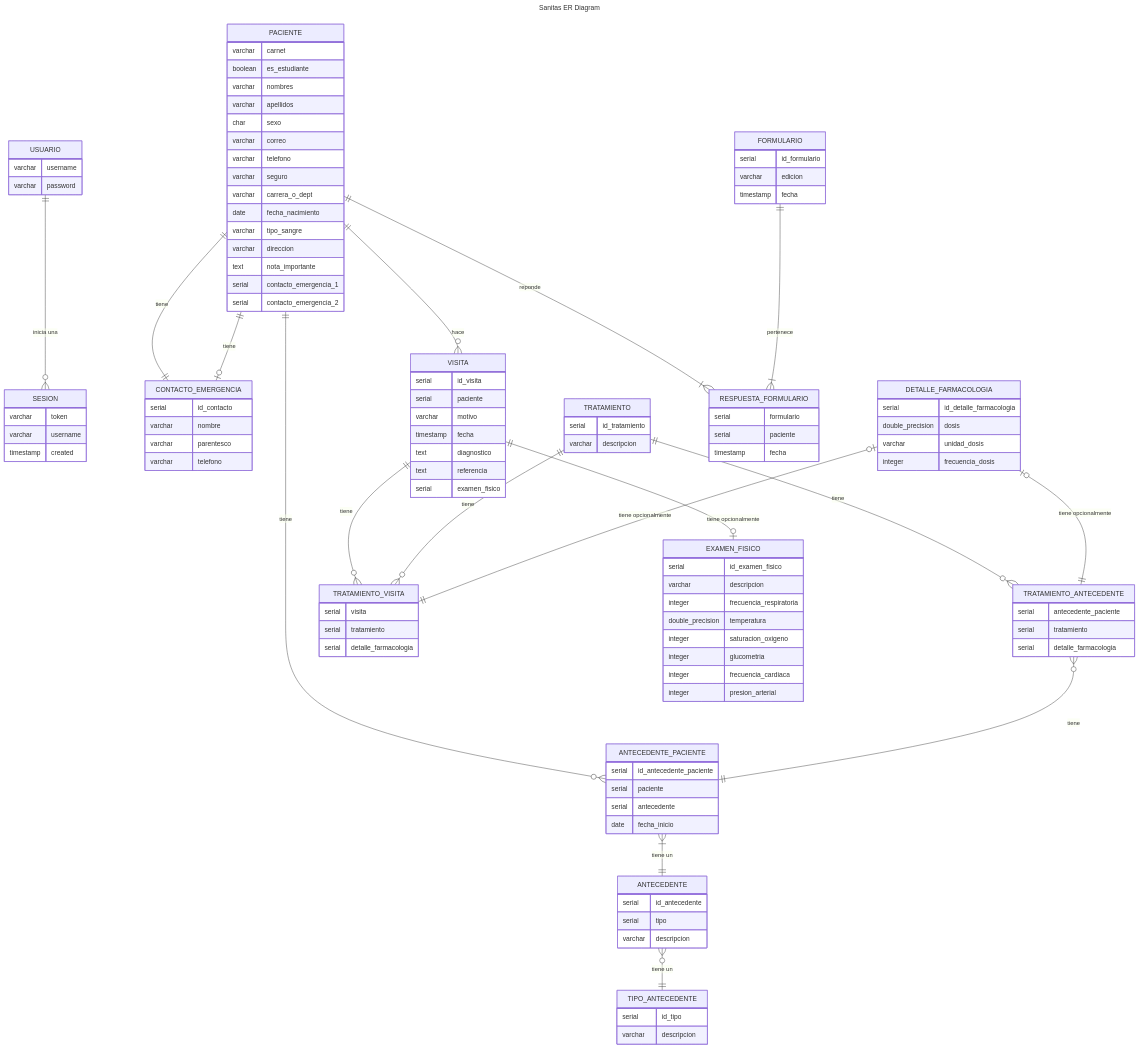
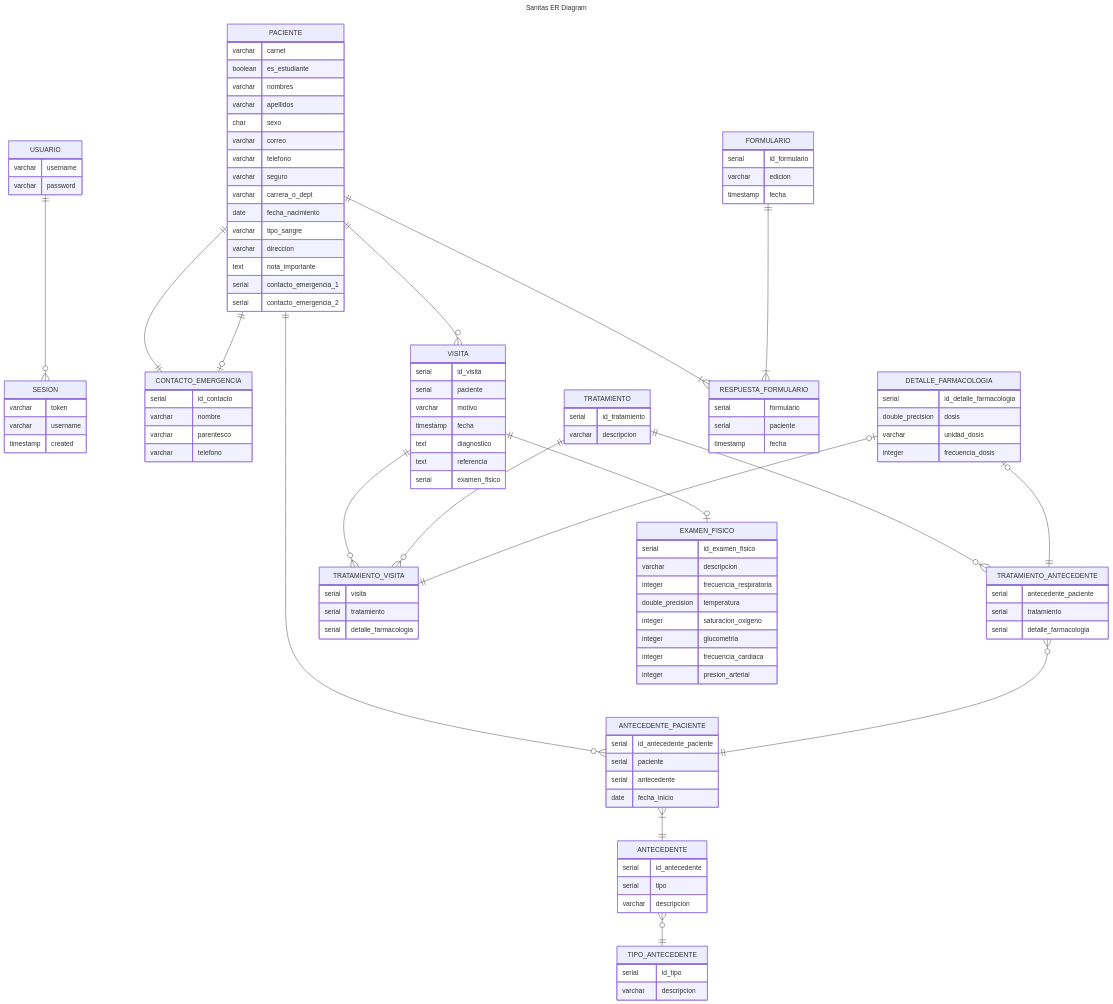
Before and after one commit to SanitasUVG/Sanitas: the diagram in wiki/mantenimiento/db/README.md, drawn with Mermaid.

Commit message:
fix: Removed confusing labels

````diff
--- a/wiki/mantenimiento/db/README.md
+++ b/wiki/mantenimiento/db/README.md
@@ -101,28 +101,28 @@
         serial      paciente
         timestamp   fecha
     }
-    USUARIO ||--o{ SESION: "inicia una"
+    USUARIO ||--o{ SESION: ""
 
-    PACIENTE ||--o{ ANTECEDENTE_PACIENTE: tiene
-    PACIENTE ||--|| CONTACTO_EMERGENCIA: tiene
-    PACIENTE ||--o| CONTACTO_EMERGENCIA: tiene
+    PACIENTE ||--o{ ANTECEDENTE_PACIENTE: ""
+    PACIENTE ||--|| CONTACTO_EMERGENCIA: ""
+    PACIENTE ||--o| CONTACTO_EMERGENCIA: ""
 
-    PACIENTE ||--o{ VISITA: hace
-    VISITA ||--O| EXAMEN_FISICO: "tiene opcionalmente"
+    PACIENTE ||--o{ VISITA: ""
+    VISITA ||--o| EXAMEN_FISICO: ""
 
-    PACIENTE ||--|{ RESPUESTA_FORMULARIO: reponde
-    FORMULARIO ||--|{ RESPUESTA_FORMULARIO: pertenece
+    PACIENTE ||--|{ RESPUESTA_FORMULARIO: ""
+    FORMULARIO ||--|{ RESPUESTA_FORMULARIO: ""
 
-    ANTECEDENTE_PACIENTE }|--|| ANTECEDENTE: "tiene un"
+    ANTECEDENTE_PACIENTE }|--|| ANTECEDENTE: ""
 
-    VISITA ||--o{ TRATAMIENTO_VISITA: tiene
-    TRATAMIENTO ||--o{ TRATAMIENTO_VISITA: tiene
+    VISITA ||--o{ TRATAMIENTO_VISITA: ""
+    TRATAMIENTO ||--o{ TRATAMIENTO_VISITA: ""
 
-    TRATAMIENTO ||--o{ TRATAMIENTO_ANTECEDENTE: tiene
-    TRATAMIENTO_ANTECEDENTE }o--|| ANTECEDENTE_PACIENTE: tiene
+    TRATAMIENTO ||--o{ TRATAMIENTO_ANTECEDENTE: ""
+    TRATAMIENTO_ANTECEDENTE }o--|| ANTECEDENTE_PACIENTE: ""
 
-    DETALLE_FARMACOLOGIA |o--|| TRATAMIENTO_VISITA: "tiene opcionalmente"
-    DETALLE_FARMACOLOGIA |o--|| TRATAMIENTO_ANTECEDENTE: "tiene opcionalmente"
+    DETALLE_FARMACOLOGIA |o--|| TRATAMIENTO_VISITA: ""
+    DETALLE_FARMACOLOGIA |o--|| TRATAMIENTO_ANTECEDENTE: ""
 
-    ANTECEDENTE }o--||  TIPO_ANTECEDENTE: "tiene un"
+    ANTECEDENTE }o--||  TIPO_ANTECEDENTE: ""
 ```
````
